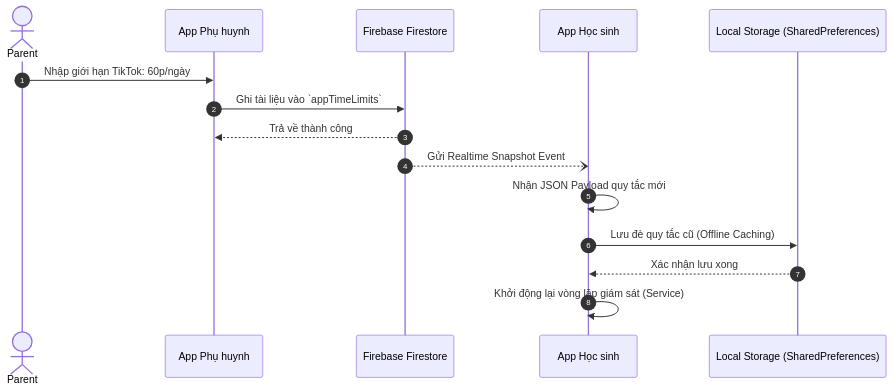
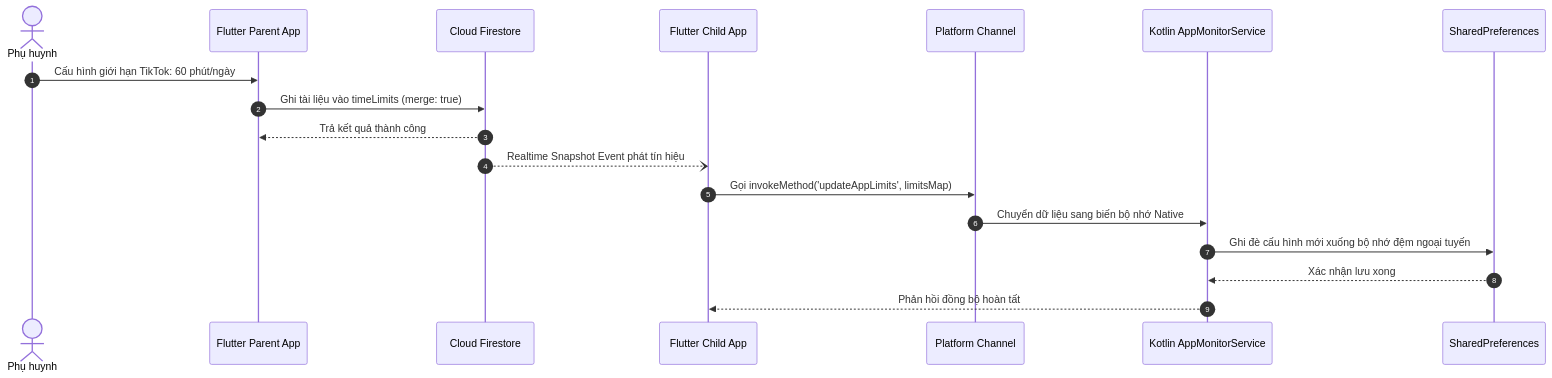
The tenth of 20 diagrams in docs/Kura_Technical_Analysis.md (minhduc01168/KidGuardian-THPT), drawn with Mermaid before and after one commit. The commit also changed other lines of this file, not shown here.

````diff
--- a/docs/Kura_Technical_Analysis.md
+++ b/docs/Kura_Technical_Analysis.md
@@ -207,18 +680,21 @@
 ```mermaid
 sequenceDiagram
     autonumber
-    actor Parent
-    participant ParentApp as App Phụ huynh
-    participant Firestore as Firebase Firestore
-    participant ChildApp as App Học sinh
-    participant Cache as Local Storage (SharedPreferences)
-    
-    Parent->>ParentApp: Nhập giới hạn TikTok: 60p/ngày
-    ParentApp->>Firestore: Ghi tài liệu vào `appTimeLimits`
-    Firestore-->>ParentApp: Trả về thành công
-    Firestore--)ChildApp: Gửi Realtime Snapshot Event
-    ChildApp->>ChildApp: Nhận JSON Payload quy tắc mới
-    ChildApp->>Cache: Lưu đè quy tắc cũ (Offline Caching)
-    Cache-->>ChildApp: Xác nhận lưu xong
-    ChildApp->>ChildApp: Khởi động lại vòng lặp giám sát (Service)
+    actor Parent as Phụ huynh
+    participant ParentUI as Flutter Parent App
+    participant Firestore as Cloud Firestore
+    participant ChildUI as Flutter Child App
+    participant MethodChannel as Platform Channel
+    participant NativeDaemon as Kotlin AppMonitorService
+    participant LocalPrefs as SharedPreferences
+
+    Parent->>ParentUI: Cấu hình giới hạn TikTok: 60 phút/ngày
+    ParentUI->>Firestore: Ghi tài liệu vào timeLimits (merge: true)
+    Firestore-->>ParentUI: Trả kết quả thành công
+    Firestore--)ChildUI: Realtime Snapshot Event phát tín hiệu
+    ChildUI->>MethodChannel: Gọi invokeMethod('updateAppLimits', limitsMap)
+    MethodChannel->>NativeDaemon: Chuyển dữ liệu sang biến bộ nhớ Native
+    NativeDaemon->>LocalPrefs: Ghi đè cấu hình mới xuống bộ nhớ đệm ngoại tuyến
+    LocalPrefs-->>NativeDaemon: Xác nhận lưu xong
+    NativeDaemon-->>ChildUI: Phản hồi đồng bộ hoàn tất
 ```
````
